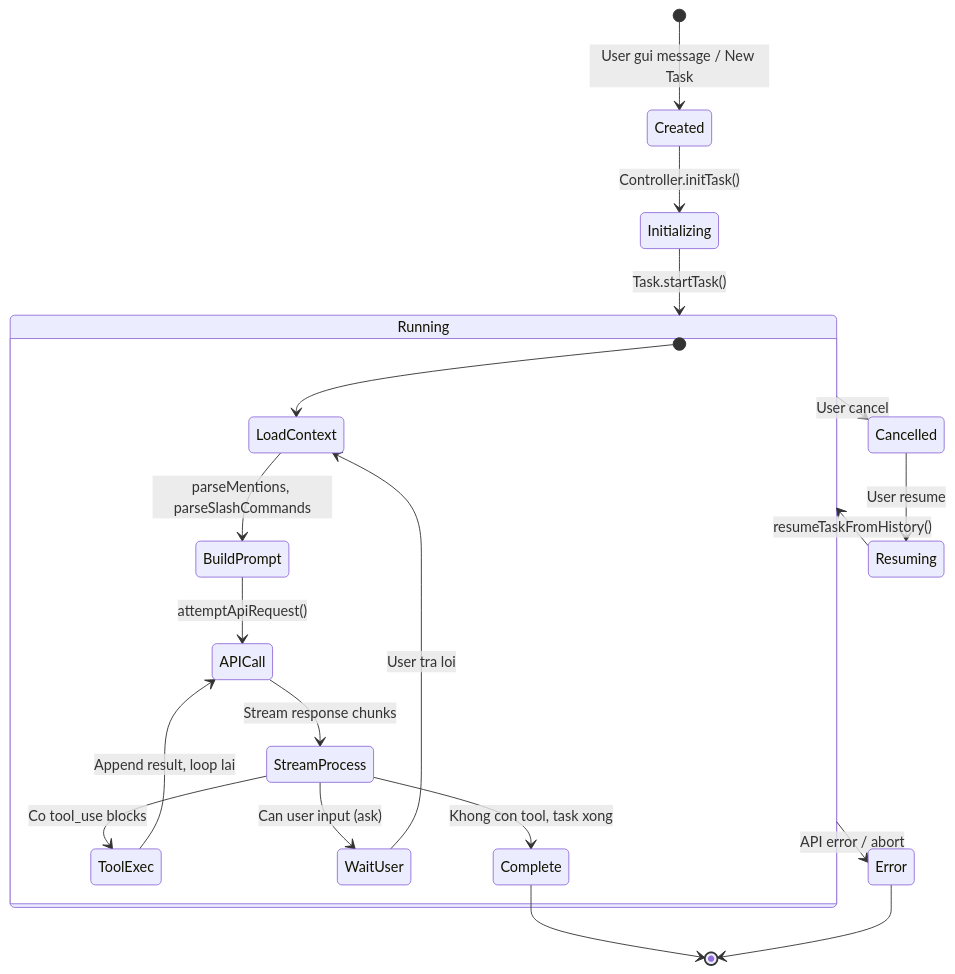
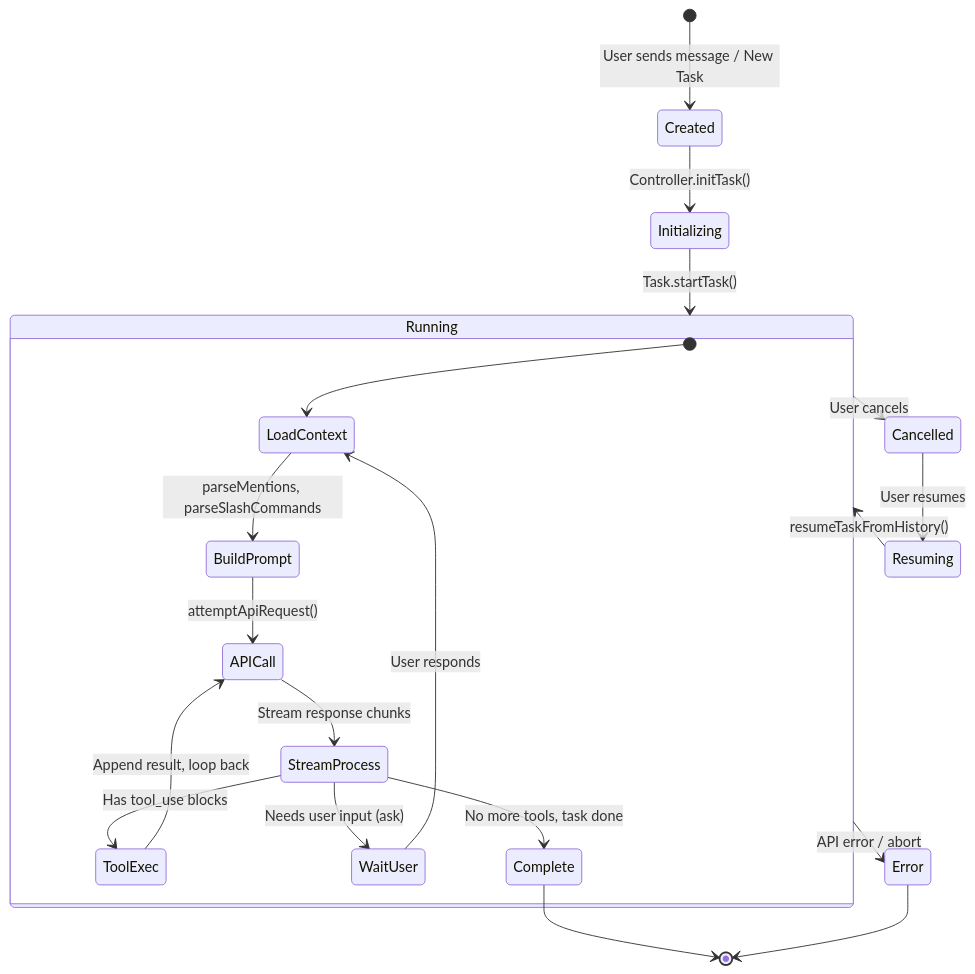
The sixth of 6 diagrams in README.md (TungND2k2/Milo-ai), drawn with Mermaid before and after one commit. The commit also changed other lines of this file and 1 other file, not shown here.

````diff
--- a/README.md
+++ b/README.md
@@ -260,25 +246,25 @@
 ```mermaid
 stateDiagram-v2
-    [*] --> Created: User gui message / New Task
+    [*] --> Created: User sends message / New Task
     Created --> Initializing: Controller.initTask()
     Initializing --> Running: Task.startTask()
 
     state Running {
         [*] --> LoadContext
         LoadContext --> BuildPrompt: parseMentions, parseSlashCommands
         BuildPrompt --> APICall: attemptApiRequest()
         APICall --> StreamProcess: Stream response chunks
-        StreamProcess --> ToolExec: Co tool_use blocks
-        ToolExec --> APICall: Append result, loop lai
-        StreamProcess --> WaitUser: Can user input (ask)
-        WaitUser --> LoadContext: User tra loi
-        StreamProcess --> Complete: Khong con tool, task xong
+        StreamProcess --> ToolExec: Has tool_use blocks
+        ToolExec --> APICall: Append result, loop back
+        StreamProcess --> WaitUser: Needs user input (ask)
+        WaitUser --> LoadContext: User responds
+        StreamProcess --> Complete: No more tools, task done
     }
 
-    Running --> Cancelled: User cancel
+    Running --> Cancelled: User cancels
     Running --> Error: API error / abort
     Complete --> [*]
-    Cancelled --> Resuming: User resume
+    Cancelled --> Resuming: User resumes
     Resuming --> Running: resumeTaskFromHistory()
     Error --> [*]
 ```
````
